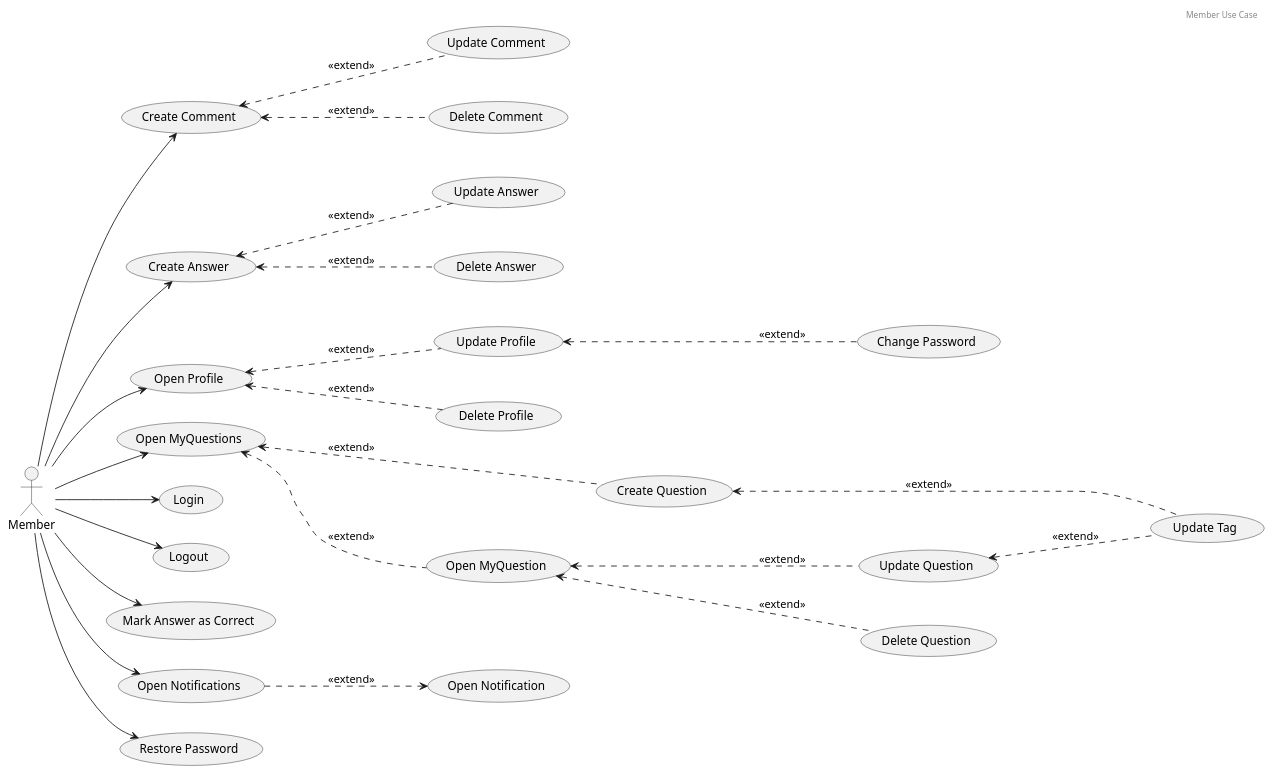
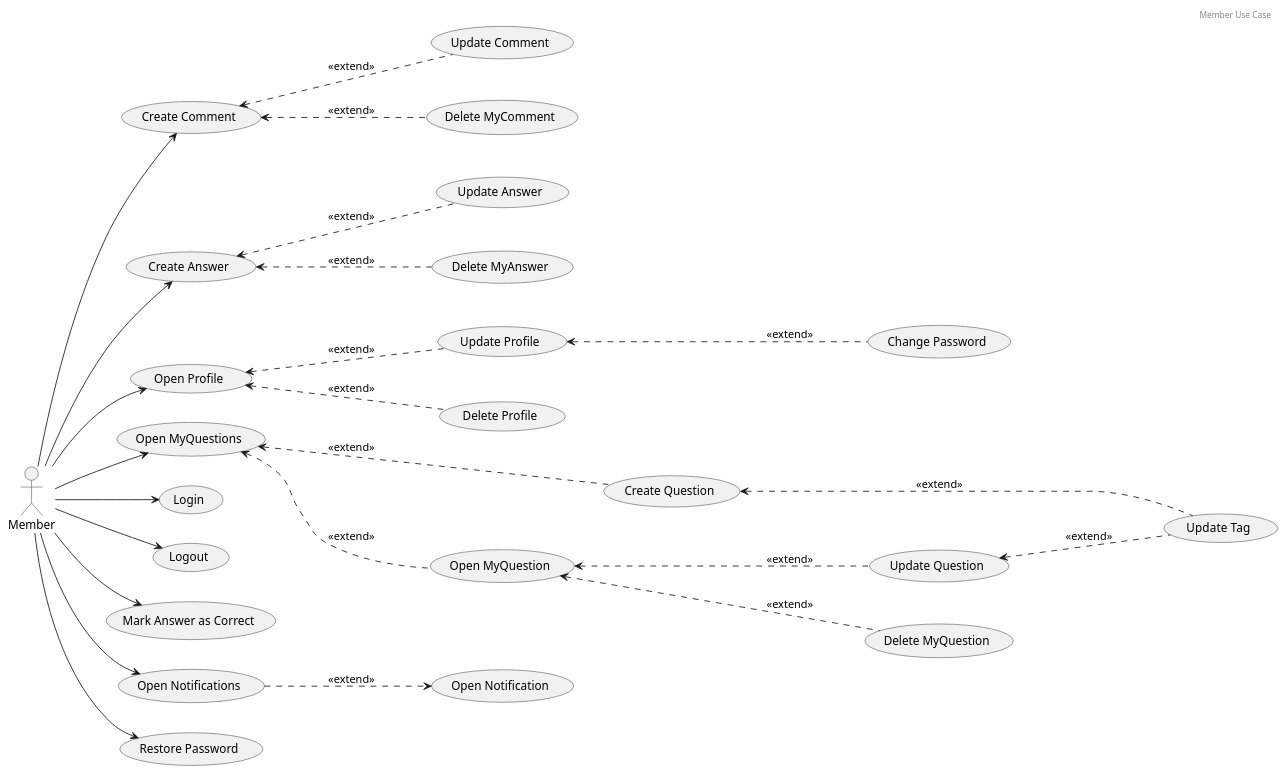
Before and after one commit to rafaelacirino/miw-backend-foro: the diagram in src/main/resources/templates/useCases/useCasesMember.plantuml, drawn with PlantUML. The commit also changed 8 other files, not shown here.

Commit message:
added use case analysis diagrams

```diff
--- a/src/main/resources/templates/useCases/useCasesMember.plantuml
+++ b/src/main/resources/templates/useCases/useCasesMember.plantuml
@@ -1,68 +1,68 @@
 @startuml
 
 header Member Use Case
 
 actor Member
 
 left to right direction
 
 (Login) as UC1
 (Logout) as UC2
 
 (Open Profile) as UC4
 (Update Profile) as UC5
 (Delete Profile) as UC6
 (Change Password) as UC36
 
 (Create Question) as UC8
-(Delete Question) as UC9
+(Delete MyQuestion) as UC9
 (Update Question) as UC10
 (Open MyQuestion) as UC12
 (Open MyQuestions) as UC13
 
 (Create Answer) as UC14
 (Update Answer) as UC15
-(Delete Answer) as UC16
+(Delete MyAnswer) as UC16
 (Mark Answer as Correct) as UC17
 
 (Create Comment) as UC18
 (Update Comment) as UC19
-(Delete Comment) as UC20
+(Delete MyComment) as UC20
 (Open Notifications) as UC33
 (Open Notification) as UC34
 
 (Update Tag) as UC21
 
 (Restore Password) as UC37
 
 UC8 .-up-> UC13 : <<extend>>
 UC12 .-up-> UC13 : <<extend>>
 UC9 .-up-> UC12 : <<extend>>
 UC10 .-up-> UC12 : <<extend>>
 
 UC21 .-up-> UC8 : <<extend>>
 UC21 .-up-> UC10 : <<extend>>
 
 UC5 .-up-> UC4 : <<extend>>
 UC6 .-up-> UC4 : <<extend>>
 UC36 .-up-> UC5 : <<extend>>
 
 UC15 .-up-> UC14 : <<extend>>
 UC16 .-up-> UC14 : <<extend>>
 
 UC19 .-up-> UC18 : <<extend>>
 UC20 .-up-> UC18 : <<extend>>
 UC33 .-down-> UC34 : <<extend>>
 
 
 Member --> UC1
 Member --> UC2
 Member --> UC4
 Member --> UC13
 Member --> UC14
 Member --> UC17
 Member --> UC18
 Member --> UC33
 Member --> UC37
 
 @enduml
```
